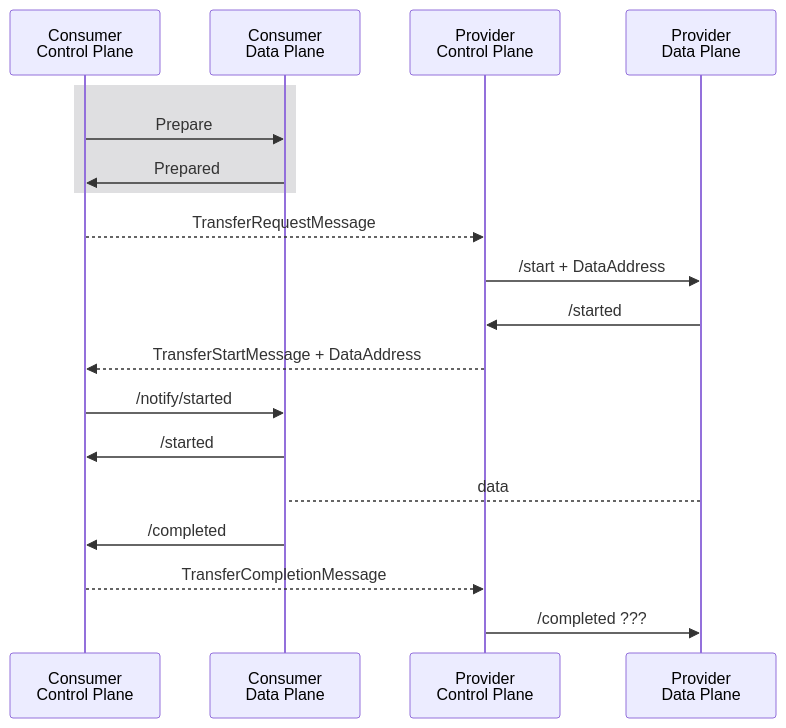
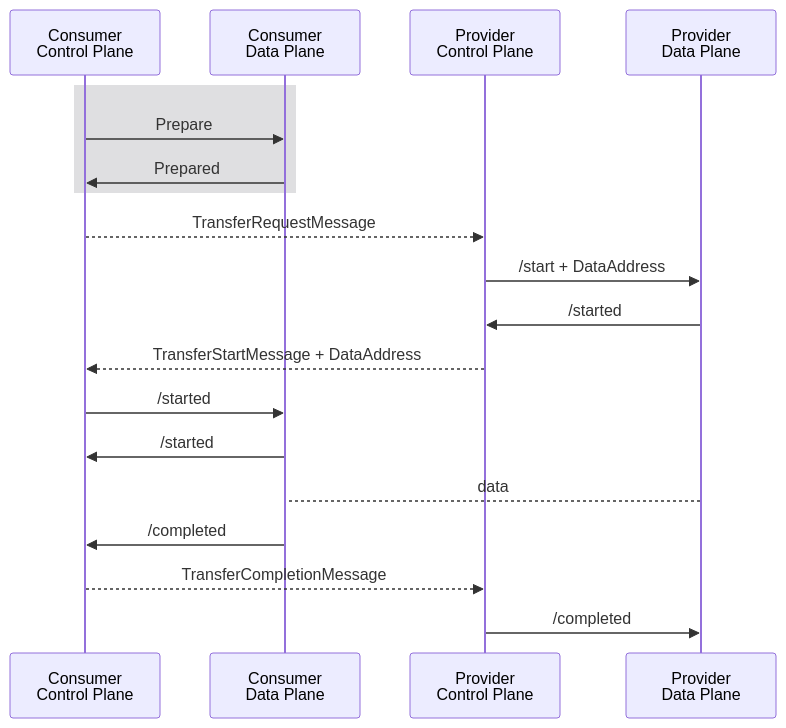
Before and after one commit to Metaform/dataplane-signaling: the fourth of 5 diagrams in docs/signaling.md, drawn with Mermaid. The commit also changed other lines of this file and 1 other file, not shown here.

````diff
--- a/docs/signaling.md
+++ b/docs/signaling.md
@@ -190,23 +194,23 @@
 ```mermaid
 sequenceDiagram
     participant ccp as Consumer<br/>Control Plane
     participant cdp as Consumer<br/>Data Plane
     participant pcp as Provider<br/>Control Plane
     participant pdp as Provider<br/>Data Plane
 
     rect rgb(223, 223, 225)
         ccp ->> cdp: Prepare
         cdp ->> ccp: Prepared
     end
 
     ccp -->> pcp: TransferRequestMessage
     pcp ->> pdp: /start + DataAddress
     pdp ->> pcp: /started
     pcp -->> ccp: TransferStartMessage + DataAddress
-    ccp ->> cdp: /notify/started
+    ccp ->> cdp: /started
     cdp ->> ccp: /started
     pdp --> cdp: data
     cdp ->> ccp: /completed
     ccp -->> pcp: TransferCompletionMessage
-    pcp ->> pdp: /completed ???
+    pcp ->> pdp: /completed
 ```
````
